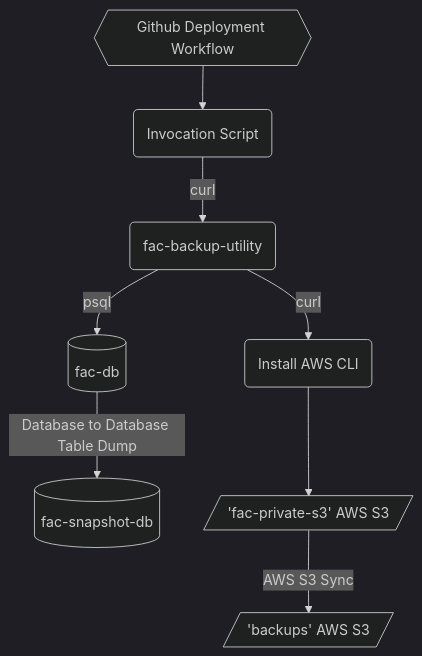
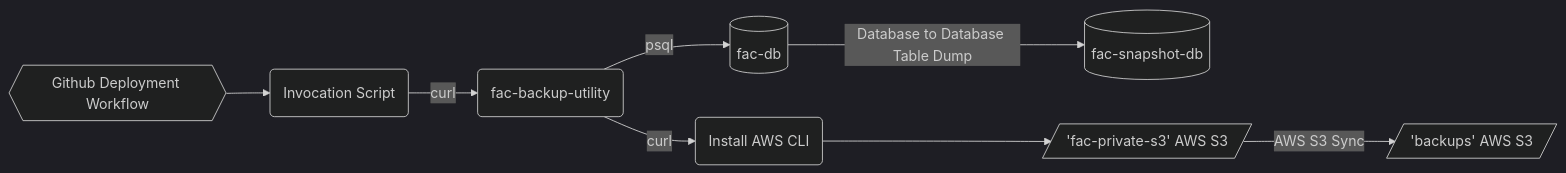
Before and after one commit to GSA-TTS/FAC: the second of 3 diagrams in docs/backup-utility.md, drawn with Mermaid (dark theme). The commit also changed other lines of this file, not shown here.

Commit message:
Missed a Diagram

````diff
--- a/docs/backup-utility.md
+++ b/docs/backup-utility.md
@@ -41,10 +50,10 @@
 ```mermaid
-flowchart TD
+flowchart LR
     A(Invocation Script) -->|curl| UTIL(fac-backup-utility)
     UTIL -->|curl| B(Install AWS CLI)
     UTIL -->|psql| C[(fac-db)]
     C -->|Database to Database Table Dump| E[(fac-snapshot-db)]
     B --> D[/'fac-private-s3' AWS S3/]
     D --> |AWS S3 Sync| F[/'backups' AWS S3/]
     G{{Github Deployment Workflow}} --> A
 ```
````
